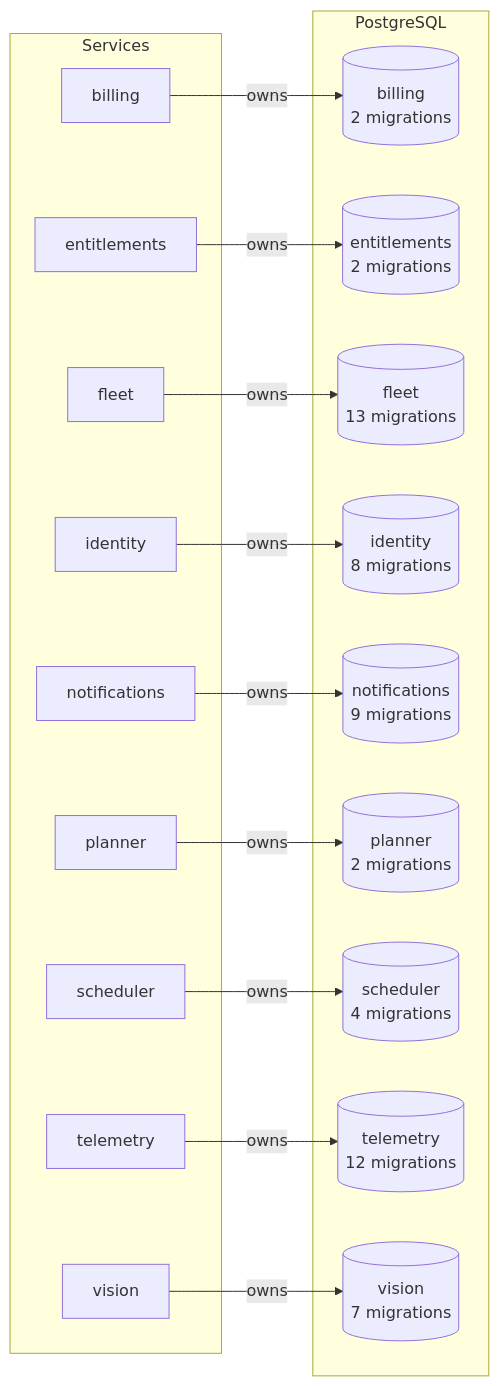
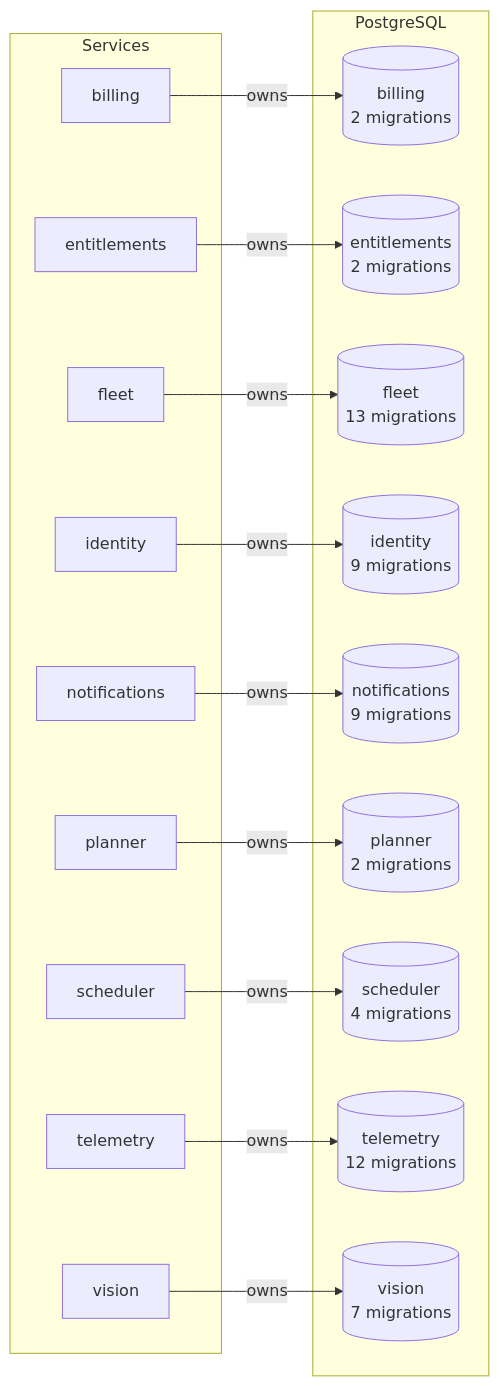
One commit to lukislp/mowdeck changed diagram 15 of 15 in docs/architecture/generated.md. Above: the diagram before and after it, drawn with Mermaid.

Commit message:
docs: regenerate the architecture page for identity migration 0009

````diff
--- a/docs/architecture/generated.md
+++ b/docs/architecture/generated.md
@@ -539,34 +539,34 @@
 ```mermaid
 flowchart LR
   subgraph apps[Services]
     billing["billing"]
     entitlements["entitlements"]
     fleet["fleet"]
     identity["identity"]
     notifications["notifications"]
     planner["planner"]
     scheduler["scheduler"]
     telemetry["telemetry"]
     vision["vision"]
   end
   subgraph pg[PostgreSQL]
     db_billing[("billing<br/>2 migrations")]
     db_entitlements[("entitlements<br/>2 migrations")]
     db_fleet[("fleet<br/>13 migrations")]
-    db_identity[("identity<br/>8 migrations")]
+    db_identity[("identity<br/>9 migrations")]
     db_notifications[("notifications<br/>9 migrations")]
     db_planner[("planner<br/>2 migrations")]
     db_scheduler[("scheduler<br/>4 migrations")]
     db_telemetry[("telemetry<br/>12 migrations")]
     db_vision[("vision<br/>7 migrations")]
   end
   billing -->|owns| db_billing
   entitlements -->|owns| db_entitlements
   fleet -->|owns| db_fleet
   identity -->|owns| db_identity
   notifications -->|owns| db_notifications
   planner -->|owns| db_planner
   scheduler -->|owns| db_scheduler
   telemetry -->|owns| db_telemetry
   vision -->|owns| db_vision
 ```
````
